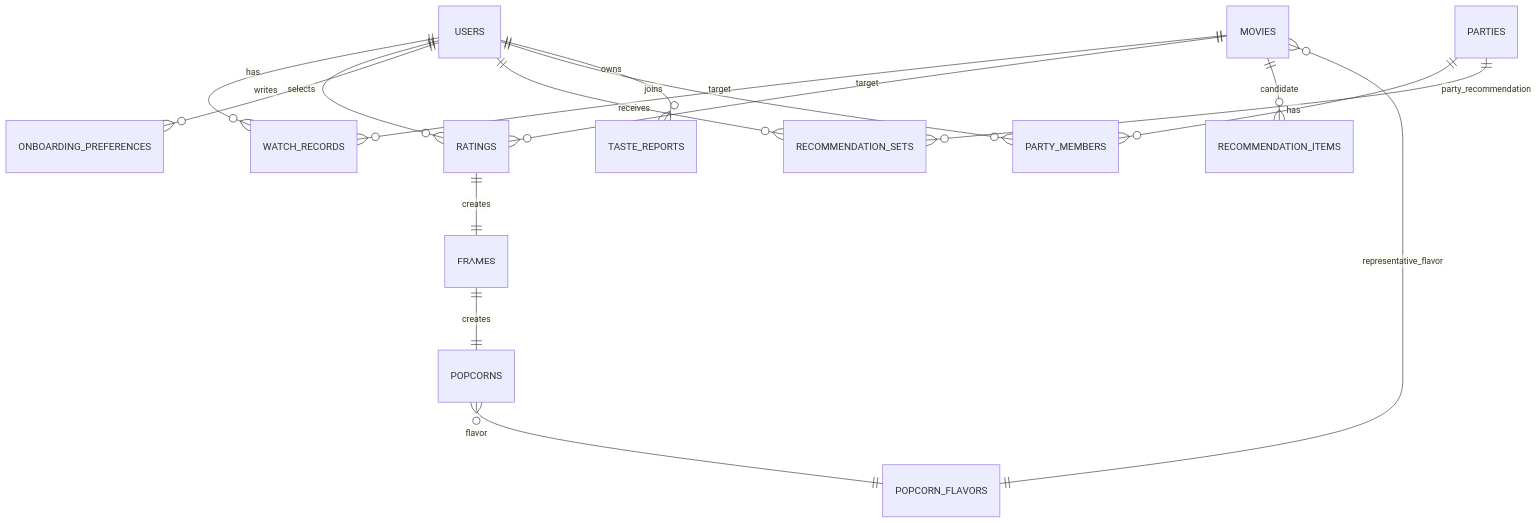
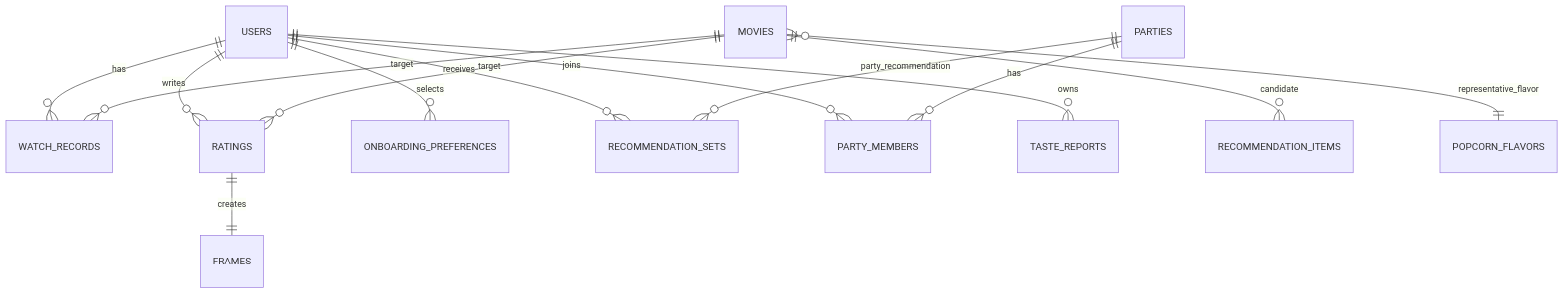
The first of 8 diagrams in docs/erd.md (koongya-studio/feelm), drawn with Mermaid before and after one commit. The commit also changed other lines of this file and 12 other files, not shown here.

````diff
--- a/docs/erd.md
+++ b/docs/erd.md
@@ -26,18 +26,16 @@
 ```mermaid
 erDiagram
     USERS ||--o{ WATCH_RECORDS : has
     USERS ||--o{ RATINGS : writes
     USERS ||--o{ ONBOARDING_PREFERENCES : selects
     USERS ||--o{ RECOMMENDATION_SETS : receives
     USERS ||--o{ PARTY_MEMBERS : joins
     USERS ||--o{ TASTE_REPORTS : owns
     MOVIES ||--o{ WATCH_RECORDS : target
     MOVIES ||--o{ RATINGS : target
     MOVIES ||--o{ RECOMMENDATION_ITEMS : candidate
     MOVIES }o--|| POPCORN_FLAVORS : representative_flavor
     RATINGS ||--|| FRAMES : creates
-    FRAMES ||--|| POPCORNS : creates
-    POPCORNS }o--|| POPCORN_FLAVORS : flavor
     PARTIES ||--o{ PARTY_MEMBERS : has
     PARTIES ||--o{ RECOMMENDATION_SETS : party_recommendation
 ```
````
